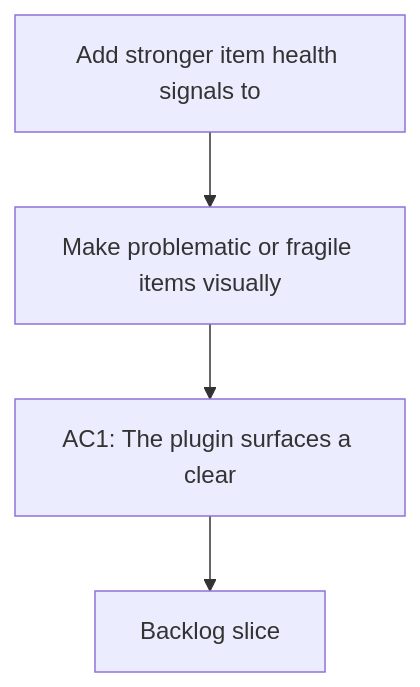
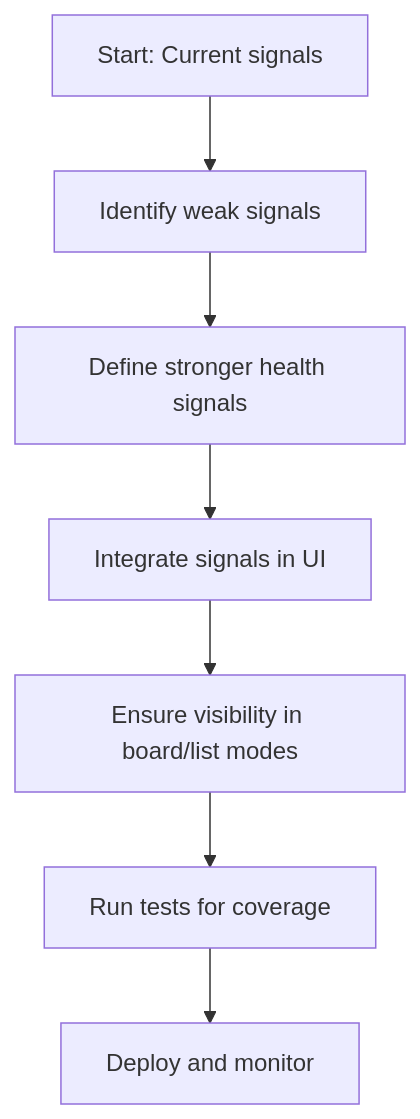
Before and after one commit to AlexAgo83/logics-manager: the diagram in logics/request/req_044_add_stronger_item_health_signals_to_the_plugin.md, drawn with Mermaid. The commit also changed other lines of this file and 54 other files, not shown here.

````diff
--- a/logics/request/req_044_add_stronger_item_health_signals_to_the_plugin.md
+++ b/logics/request/req_044_add_stronger_item_health_signals_to_the_plugin.md
@@ -10,8 +10,11 @@
 ```mermaid
 %% logics-kind: request
 %% logics-signature: request|add-stronger-item-health-signals-to-the-|make-problematic-or-fragile-items-visual|ac1-the-plugin-surfaces-a-clear
 flowchart TD
-    Trigger[Add stronger item health signals to] --> Need[Make problematic or fragile items visually]
-    Need --> Outcome[AC1: The plugin surfaces a clear]
-    Outcome --> Backlog[Backlog slice]
+  A[Start: Current signals] --> B[Identify weak signals]
+  B --> C[Define stronger health signals]
+  C --> D[Integrate signals in UI]
+  D --> E[Ensure visibility in board/list modes]
+  E --> F[Run tests for coverage]
+  F --> G[Deploy and monitor]
 ```
````
